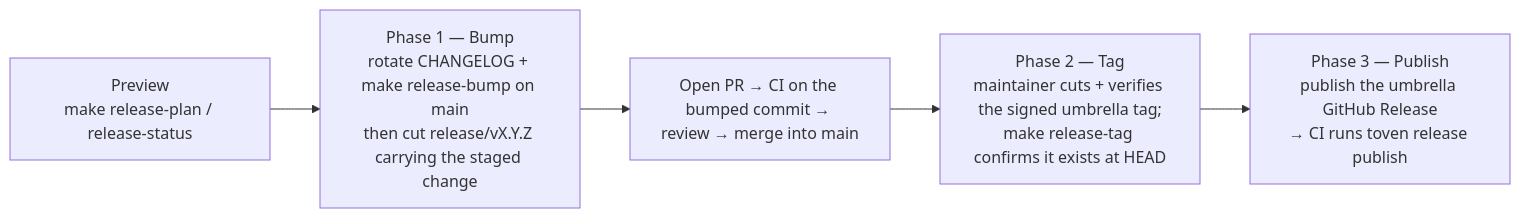
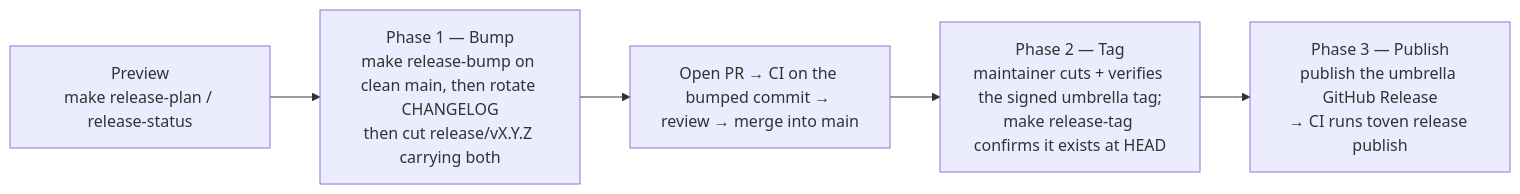
Before and after one commit to kbukum/rskit: the diagram in docs/RELEASING.md, drawn with Mermaid. The commit also changed other lines of this file and 1 other file, not shown here.

Commit message:
docs(release): align bump-on-clean-main and stage-only tag ownership across docs

````diff
--- a/docs/RELEASING.md
+++ b/docs/RELEASING.md
@@ -75,7 +79,7 @@
 ```mermaid
 flowchart LR
-    A["Preview<br/>make release-plan / release-status"] --> B["Phase 1 — Bump<br/>rotate CHANGELOG + make release-bump on main<br/>then cut release/vX.Y.Z carrying the staged change"]
+    A["Preview<br/>make release-plan / release-status"] --> B["Phase 1 — Bump<br/>make release-bump on clean main, then rotate CHANGELOG<br/>then cut release/vX.Y.Z carrying both"]
     B --> C["Open PR → CI on the bumped commit → review → merge into main"]
     C --> D["Phase 2 — Tag<br/>maintainer cuts + verifies the signed umbrella tag;<br/>make release-tag confirms it exists at HEAD"]
     D --> E["Phase 3 — Publish<br/>publish the umbrella GitHub Release<br/>→ CI runs toven release publish"]
 ```
````
